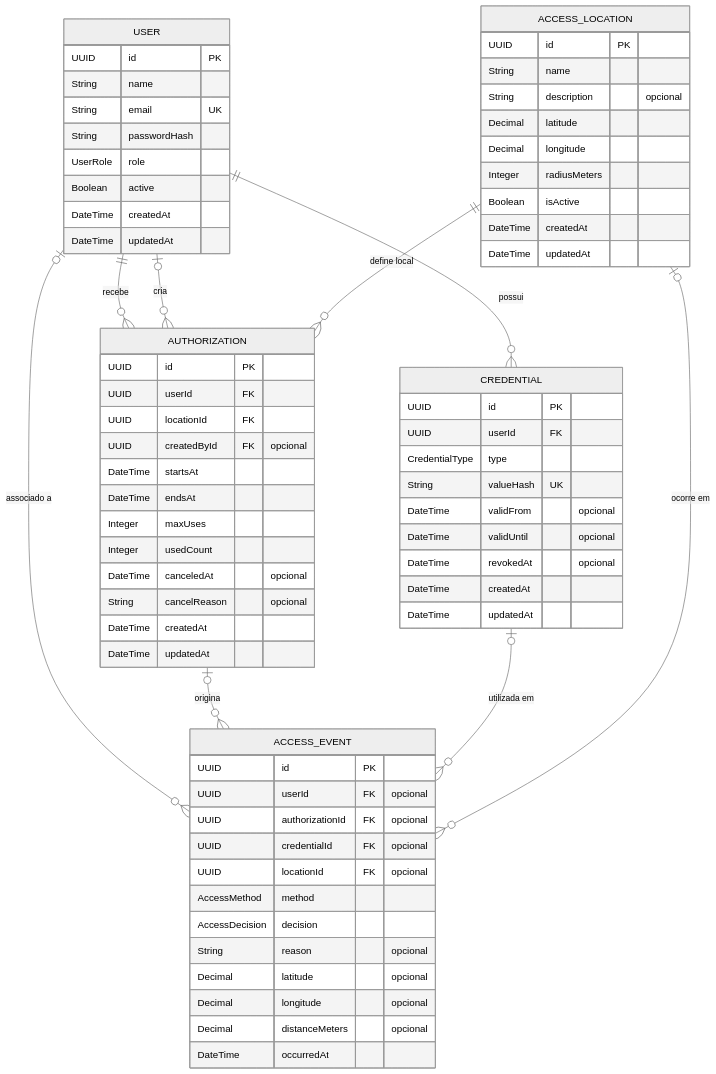
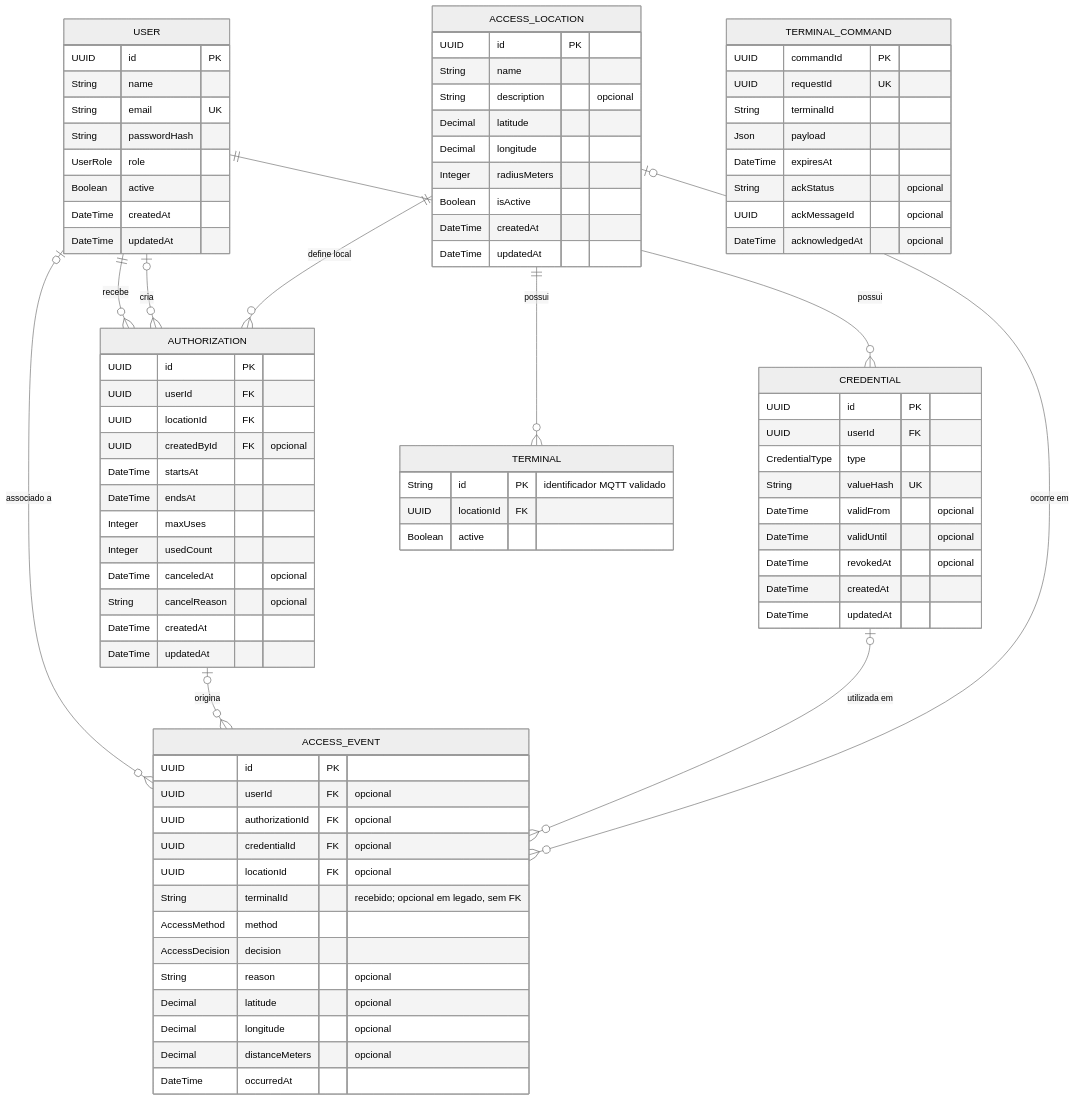
One commit to ErrorSquad-ABP/ABP4-Sistema-Controle-Acesso changed the diagram in docs/architecture/modelo-dados.md. Above: the diagram before and after it, drawn with Mermaid (neutral theme). The commit also changed other lines of this file and 62 other files, not shown here.

````diff
--- a/docs/architecture/modelo-dados.md
+++ b/docs/architecture/modelo-dados.md
@@ -62,6 +62,7 @@
         UUID authorizationId FK "opcional"
         UUID credentialId FK "opcional"
         UUID locationId FK "opcional"
+        String terminalId "recebido; opcional em legado, sem FK"
         AccessMethod method
         AccessDecision decision
         String reason "opcional"
@@ -79,4 +80,20 @@
     AUTHORIZATION o|--o{ ACCESS_EVENT : "origina"
     CREDENTIAL o|--o{ ACCESS_EVENT : "utilizada em"
     ACCESS_LOCATION o|--o{ ACCESS_EVENT : "ocorre em"
+    TERMINAL {
+        String id PK "identificador MQTT validado"
+        UUID locationId FK
+        Boolean active
+    }
+    TERMINAL_COMMAND {
+        UUID commandId PK
+        UUID requestId UK
+        String terminalId
+        Json payload
+        DateTime expiresAt
+        String ackStatus "opcional"
+        UUID ackMessageId "opcional"
+        DateTime acknowledgedAt "opcional"
+    }
+    ACCESS_LOCATION ||--o{ TERMINAL : "possui"
 ```
````
